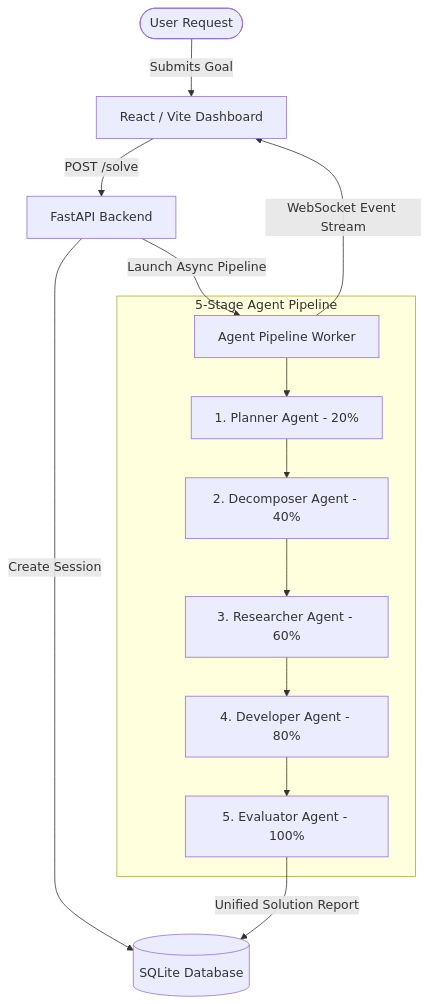
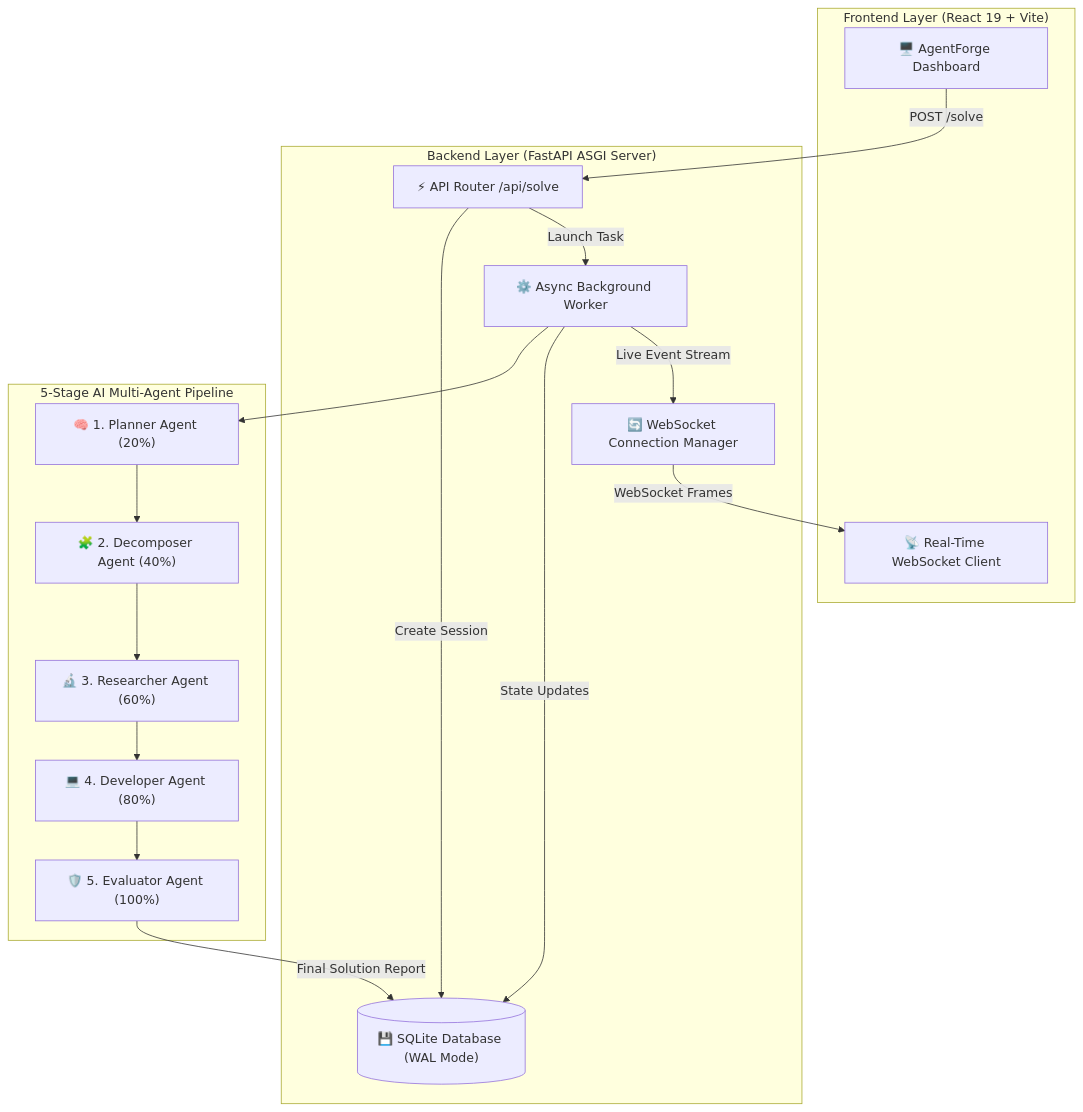
One commit to TheSnowLord/2026_SyntaxError changed the first of 2 diagrams in README.md. Above: the diagram before and after it, drawn with Mermaid. The commit also changed other lines of this file and 6 other files, not shown here.

Commit message:
Update root README with visual Mermaid flowcharts, architecture diagrams, benchmark tables, and add fine-tuned Developer Agent LoRA weights

````diff
--- a/README.md
+++ b/README.md
@@ -33,18 +18,31 @@
 ```mermaid
-graph TD
-    User([User Request]) -->|Submits Goal| Frontend[React / Vite Dashboard]
-    Frontend -->|POST /solve| API[FastAPI Backend]
-    API -->|Create Session| DB[(SQLite Database)]
-    API -->|Launch Async Pipeline| Pipeline[Agent Pipeline Worker]
-    
-    subgraph 5-Stage Agent Pipeline
-        Pipeline --> Planner[1. Planner Agent - 20%]
-        Planner --> Decomposer[2. Decomposer Agent - 40%]
-        Decomposer --> Researcher[3. Researcher Agent - 60%]
-        Researcher --> Developer[4. Developer Agent - 80%]
-        Developer --> Evaluator[5. Evaluator Agent - 100%]
+flowchart TD
+    subgraph Client ["Frontend Layer (React 19 + Vite)"]
+        UI["🖥️ AgentForge Dashboard"]
+        WSClient["📡 Real-Time WebSocket Client"]
     end
-    
-    Pipeline -->|WebSocket Event Stream| Frontend
-    Evaluator -->|Unified Solution Report| DB
+
+    subgraph Server ["Backend Layer (FastAPI ASGI Server)"]
+        Router["⚡ API Router /api/solve"]
+        DB[("💾 SQLite Database (WAL Mode)")]
+        Manager["🔄 WebSocket Connection Manager"]
+        Worker["⚙️ Async Background Worker"]
+    end
+
+    subgraph Agents ["5-Stage AI Multi-Agent Pipeline"]
+        Planner["🧠 1. Planner Agent (20%)"]
+        Decomposer["🧩 2. Decomposer Agent (40%)"]
+        Researcher["🔬 3. Researcher Agent (60%)"]
+        Developer["💻 4. Developer Agent (80%)"]
+        Evaluator["🛡️ 5. Evaluator Agent (100%)"]
+    end
+
+    UI -->|POST /solve| Router
+    Router -->|Create Session| DB
+    Router -->|Launch Task| Worker
+    Worker --> Planner --> Decomposer --> Researcher --> Developer --> Evaluator
+    Worker -->|State Updates| DB
+    Worker -->|Live Event Stream| Manager
+    Manager -->|WebSocket Frames| WSClient
+    Evaluator -->|Final Solution Report| DB
 ```
````
